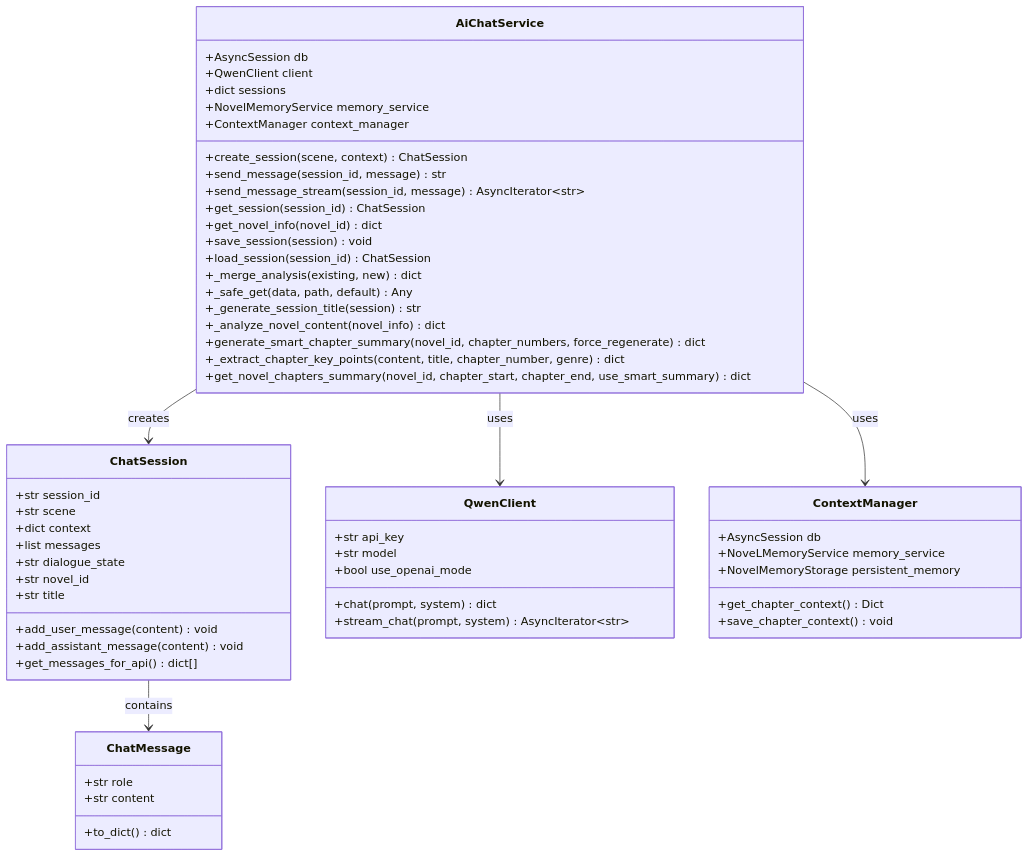
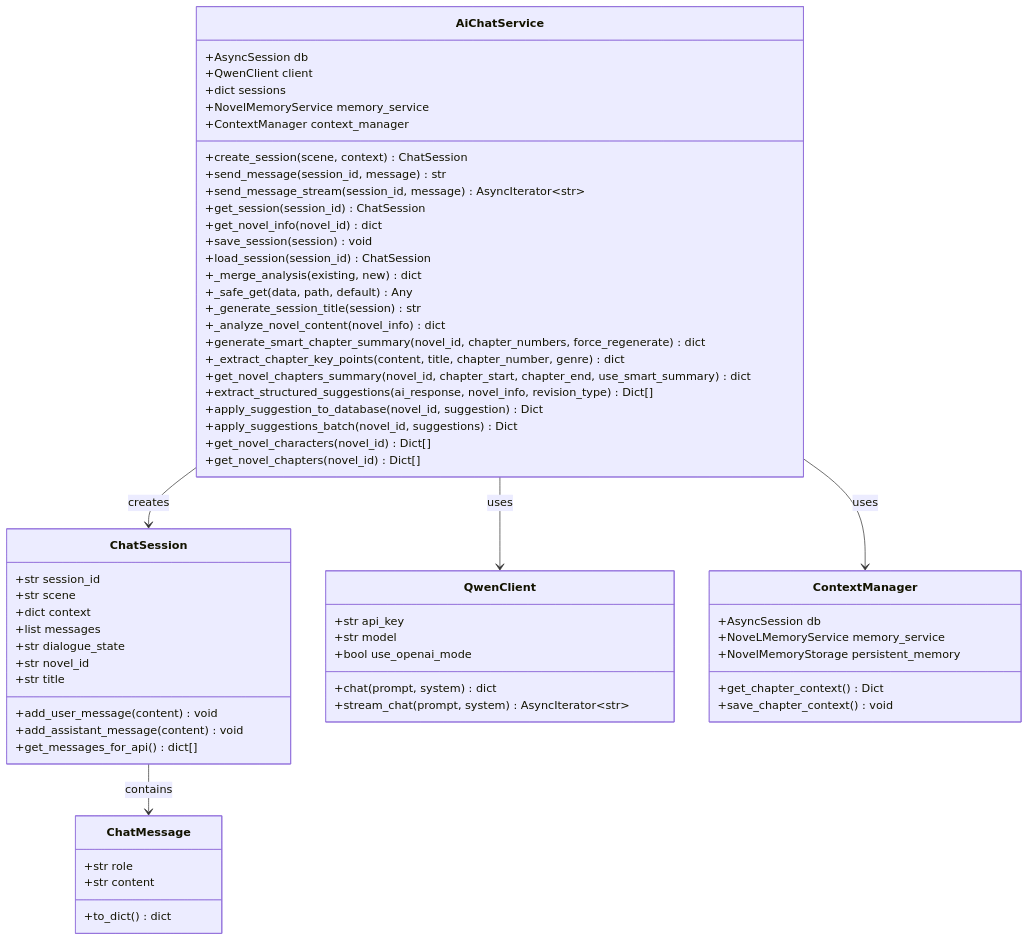
The second of 30 diagrams in .qoder/repowiki/zh/content/Ai Chat Service.md (xfbyxq/ai-novel-system), drawn with Mermaid before and after one commit. The commit also changed other lines of this file and 8 other files, not shown here.

````diff
--- a/.qoder/repowiki/zh/content/Ai Chat Service.md
+++ b/.qoder/repowiki/zh/content/Ai Chat Service.md
@@ -117,59 +136,64 @@
 ```mermaid
 classDiagram
 class AiChatService {
 +AsyncSession db
 +QwenClient client
 +dict sessions
 +NovelMemoryService memory_service
 +ContextManager context_manager
 +create_session(scene, context) ChatSession
 +send_message(session_id, message) str
 +send_message_stream(session_id, message) AsyncIterator~str~
 +get_session(session_id) ChatSession
 +get_novel_info(novel_id) dict
 +save_session(session) void
 +load_session(session_id) ChatSession
 +_merge_analysis(existing, new) dict
 +_safe_get(data, path, default) Any
 +_generate_session_title(session) str
 +_analyze_novel_content(novel_info) dict
 +generate_smart_chapter_summary(novel_id, chapter_numbers, force_regenerate) dict
 +_extract_chapter_key_points(content, title, chapter_number, genre) dict
 +get_novel_chapters_summary(novel_id, chapter_start, chapter_end, use_smart_summary) dict
++extract_structured_suggestions(ai_response, novel_info, revision_type) Dict[]
++apply_suggestion_to_database(novel_id, suggestion) Dict
++apply_suggestions_batch(novel_id, suggestions) Dict
++get_novel_characters(novel_id) Dict[]
++get_novel_chapters(novel_id) Dict[]
 }
 class ChatSession {
 +str session_id
 +str scene
 +dict context
 +list messages
 +str dialogue_state
 +str novel_id
 +str title
 +add_user_message(content) void
 +add_assistant_message(content) void
 +get_messages_for_api() dict[]
 }
 class ChatMessage {
 +str role
 +str content
 +to_dict() dict
 }
 class QwenClient {
 +str api_key
 +str model
 +bool use_openai_mode
 +chat(prompt, system) dict
 +stream_chat(prompt, system) AsyncIterator~str~
 }
 class ContextManager {
 +AsyncSession db
 +NoveLMemoryService memory_service
 +NovelMemoryStorage persistent_memory
 +get_chapter_context() Dict
 +save_chapter_context() void
 }
 AiChatService --> ChatSession : creates
 AiChatService --> QwenClient : uses
 AiChatService --> ContextManager : uses
 ChatSession --> ChatMessage : contains
 ```
````
